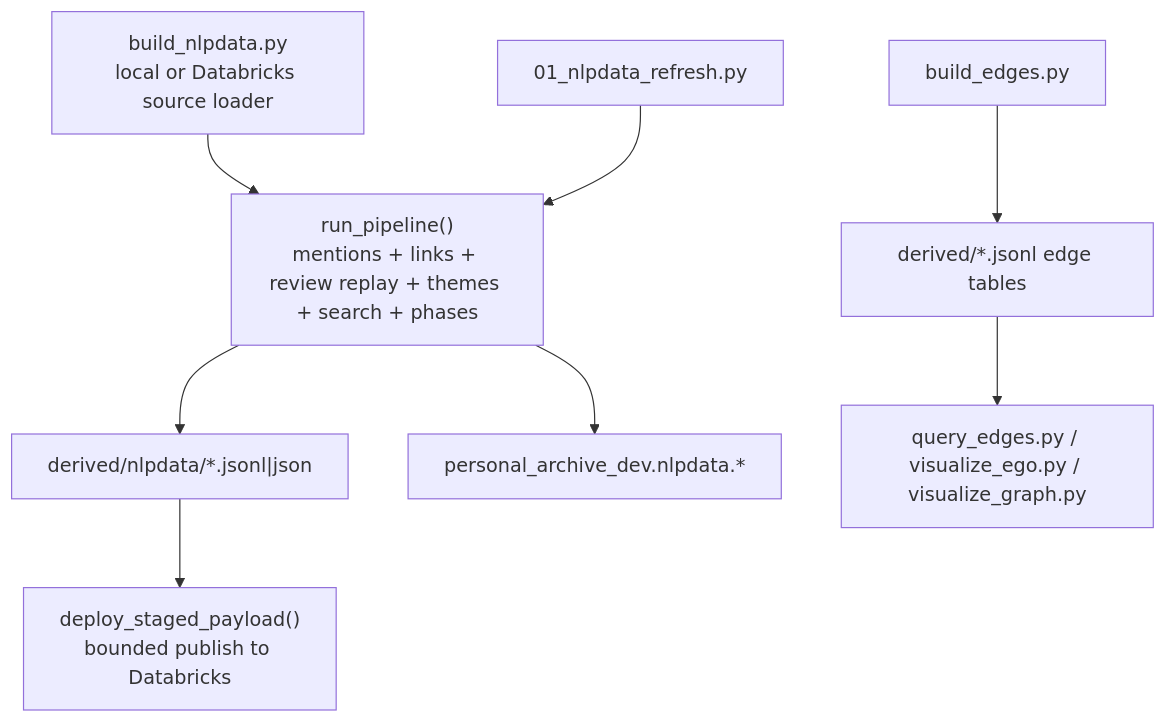
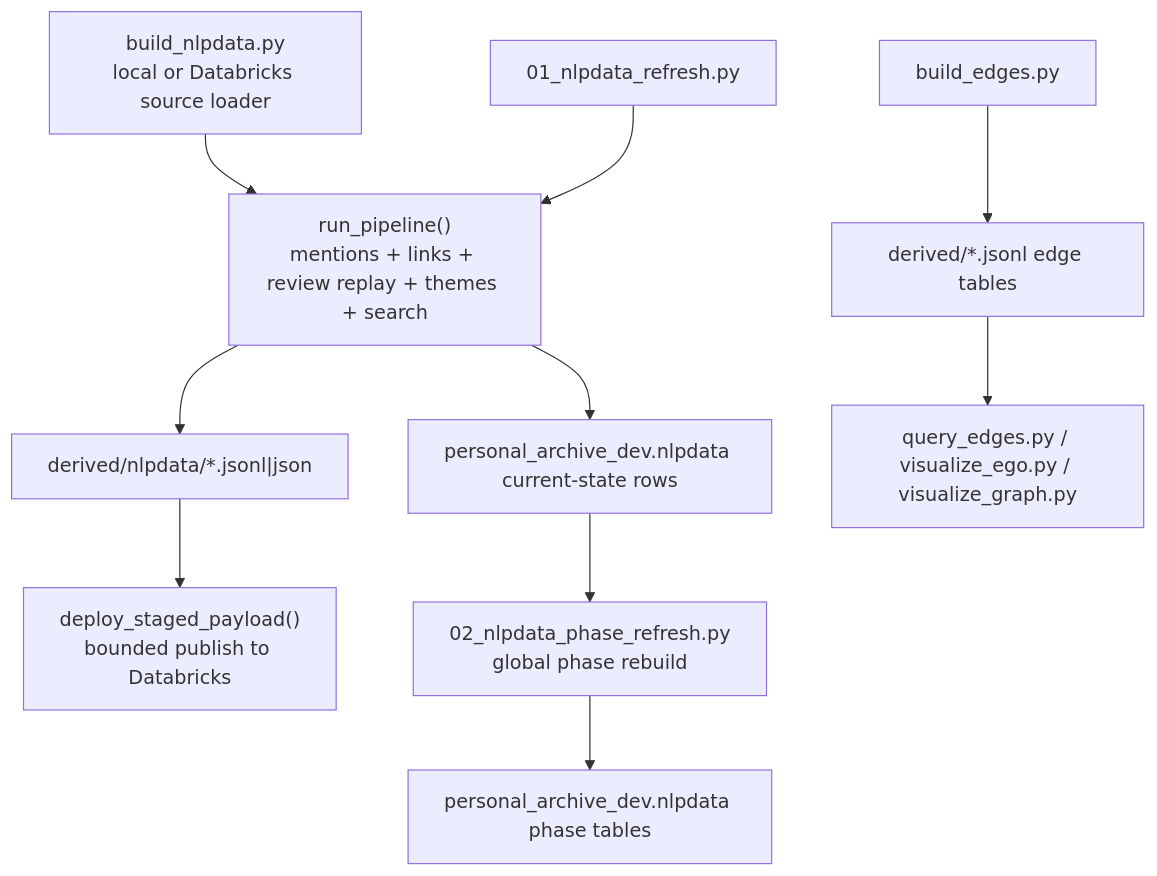
Before and after one commit to cscheib/archive-graph-spacy: the first of 16 diagrams in docs/PROCESS_TRANSFORMATIONS.md, drawn with Mermaid. The commit also changed other lines of this file and 10 other files, not shown here.

Commit message:
refactor: rebuild phases after batch refresh

````diff
--- a/docs/PROCESS_TRANSFORMATIONS.md
+++ b/docs/PROCESS_TRANSFORMATIONS.md
@@ -23,12 +23,14 @@
 ```mermaid
 flowchart TB
-    A["build_nlpdata.py<br/>local or Databricks source loader"] --> B["run_pipeline()<br/>mentions + links + review replay + themes + search + phases"]
+    A["build_nlpdata.py<br/>local or Databricks source loader"] --> B["run_pipeline()<br/>mentions + links + review replay + themes + search"]
     B --> C["derived/nlpdata/*.jsonl|json"]
     C --> D["deploy_staged_payload()<br/>bounded publish to Databricks"]
 
     E["01_nlpdata_refresh.py"] --> B
-    B --> F["personal_archive_dev.nlpdata.*"]
+    B --> F["personal_archive_dev.nlpdata current-state rows"]
+    F --> G["02_nlpdata_phase_refresh.py<br/>global phase rebuild"]
+    G --> H["personal_archive_dev.nlpdata phase tables"]
 
-    G["build_edges.py"] --> H["derived/*.jsonl edge tables"]
-    H --> I["query_edges.py / visualize_ego.py / visualize_graph.py"]
+    I["build_edges.py"] --> J["derived/*.jsonl edge tables"]
+    J --> K["query_edges.py / visualize_ego.py / visualize_graph.py"]
 ```
````
